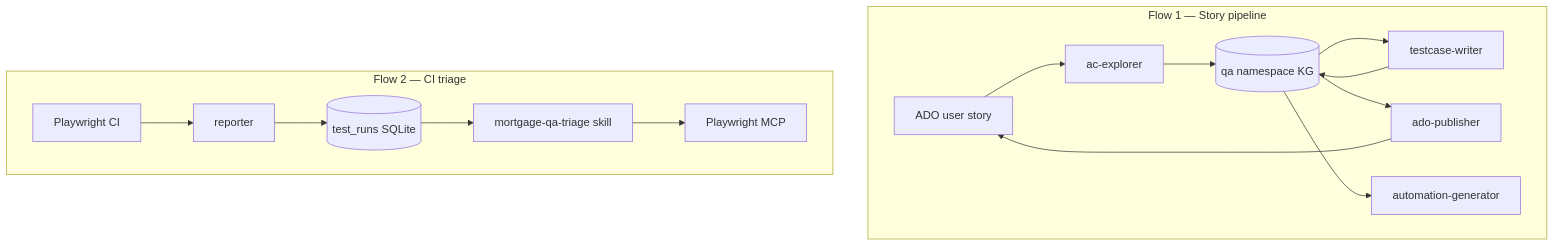
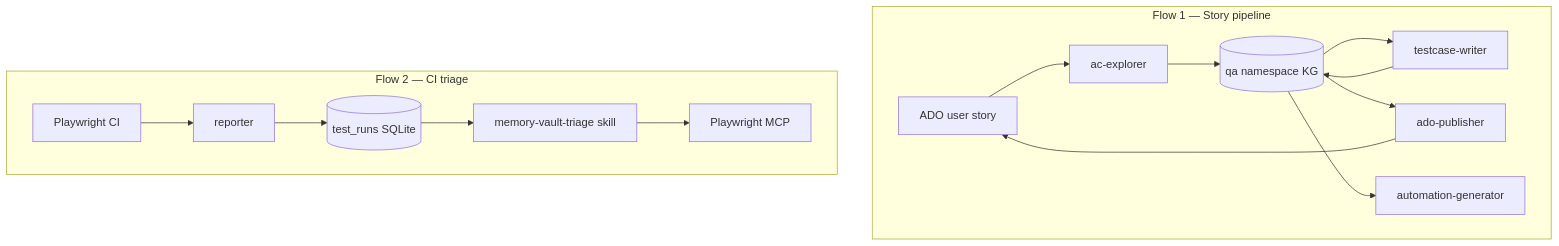
Before and after one commit to BraveToaster123/naf-memory-vault: the diagram in docs/rollout/README.md, drawn with Mermaid. The commit also changed other lines of this file and 49 other files, not shown here.

````diff
--- a/docs/rollout/README.md
+++ b/docs/rollout/README.md
@@ -13,22 +13,22 @@
 ```mermaid
 flowchart TB
   subgraph flow1 [Flow 1 — Story pipeline]
     ADO1[ADO user story]
     EX[ac-explorer]
     MEM1[(qa namespace KG)]
     TW[testcase-writer]
     PUB[ado-publisher]
     GEN[automation-generator]
     ADO1 --> EX --> MEM1 --> TW --> MEM1 --> PUB --> ADO1
     MEM1 --> GEN
   end
 
   subgraph flow2 [Flow 2 — CI triage]
     CI[Playwright CI]
     REP[reporter]
     DB[(test_runs SQLite)]
-    TRI[mortgage-qa-triage skill]
+    TRI[memory-vault-triage skill]
     PW[Playwright MCP]
     CI --> REP --> DB --> TRI --> PW
   end
 ```
````
